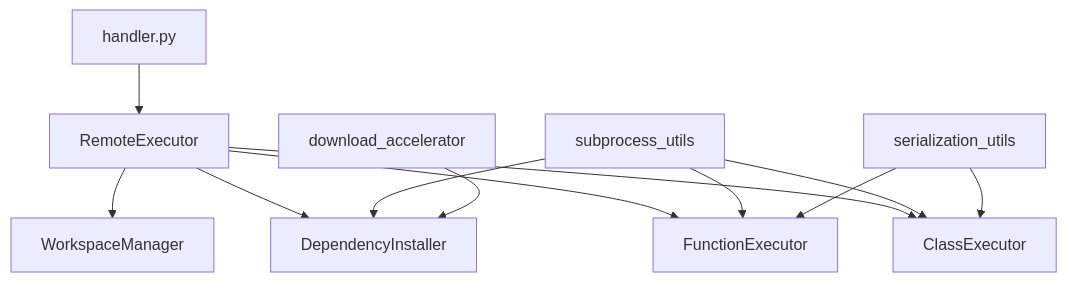
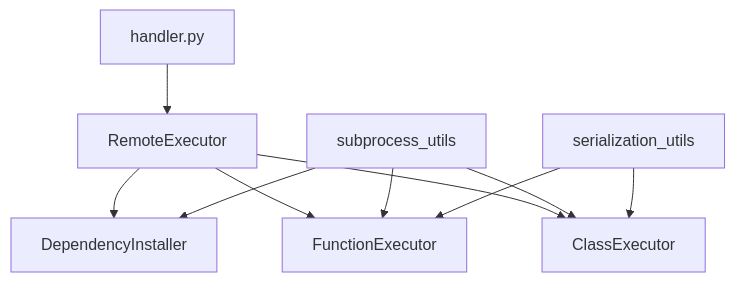
One commit to runpod-workers/worker-tetra changed the third of 3 diagrams in docs/System_Python_Runtime_Architecture.md. Above: the diagram before and after it, drawn with Mermaid. The commit also changed other lines of this file and 50 other files, not shown here.

````diff
--- a/docs/System_Python_Runtime_Architecture.md
+++ b/docs/System_Python_Runtime_Architecture.md
@@ -43,16 +42,14 @@
 ```mermaid
 graph TB
     A[handler.py] --> B[RemoteExecutor]
-    B --> C[WorkspaceManager]
     B --> D[DependencyInstaller]
     B --> E[FunctionExecutor]
     B --> F[ClassExecutor]
 
     G[subprocess_utils] --> D
     G --> E
     G --> F
 
-    H[download_accelerator] --> D
     I[serialization_utils] --> E
     I --> F
 ```
````
